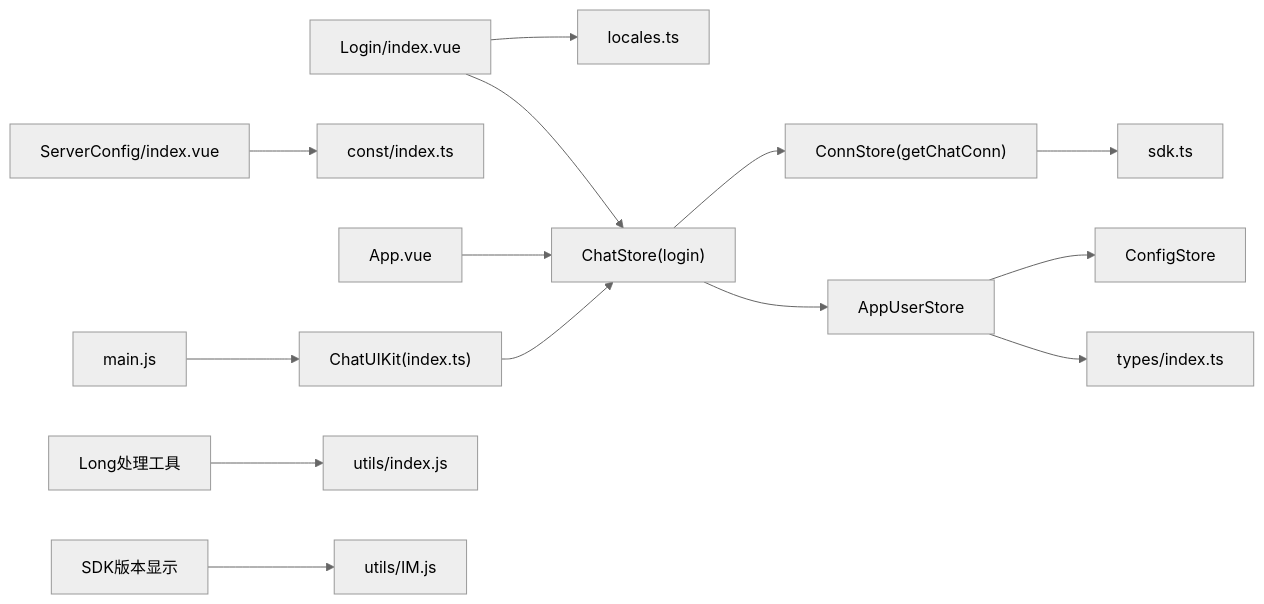
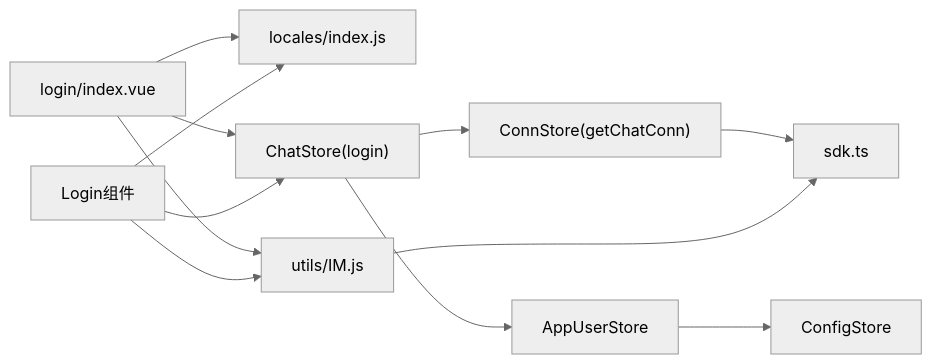
Before and after one commit to Easemob-Community/easemob-uikit-uniapp-community: the third of 3 diagrams in .qoder/repowiki/zh/content/示例应用/登录页面.md, drawn with Mermaid (neutral theme). The commit also changed other lines of this file and 8 other files, not shown here.

````diff
--- a/.qoder/repowiki/zh/content/示例应用/登录页面.md
+++ b/.qoder/repowiki/zh/content/示例应用/登录页面.md
@@ -504,16 +320,14 @@
 ```mermaid
 graph LR
-L["Login/index.vue"] --> T["locales.ts"]
-L --> CS["ChatStore(login)"]
-SC["ServerConfig/index.vue"] --> CI["const/index.ts"]
-A["App.vue"] --> CS
+LP["login/index.vue"] --> I18N["locales/index.js"]
+LP --> CS["ChatStore(login)"]
+LP --> IM["utils/IM.js"]
 CS --> CC["ConnStore(getChatConn)"]
 CS --> AUS["AppUserStore"]
 AUS --> CFG["ConfigStore"]
-AUS --> TI["types/index.ts"]
 CC --> SDK["sdk.ts"]
-MI["main.js"] --> CKI["ChatUIKit(index.ts)"]
-CKI --> CS
-LP["Long处理工具"] --> TIJ["utils/index.js"]
-SV["SDK版本显示"] --> IM["utils/IM.js"]
+IM --> SDK
+LC["Login组件"] --> I18N
+LC --> CS
+LC --> IM
 ```
````
